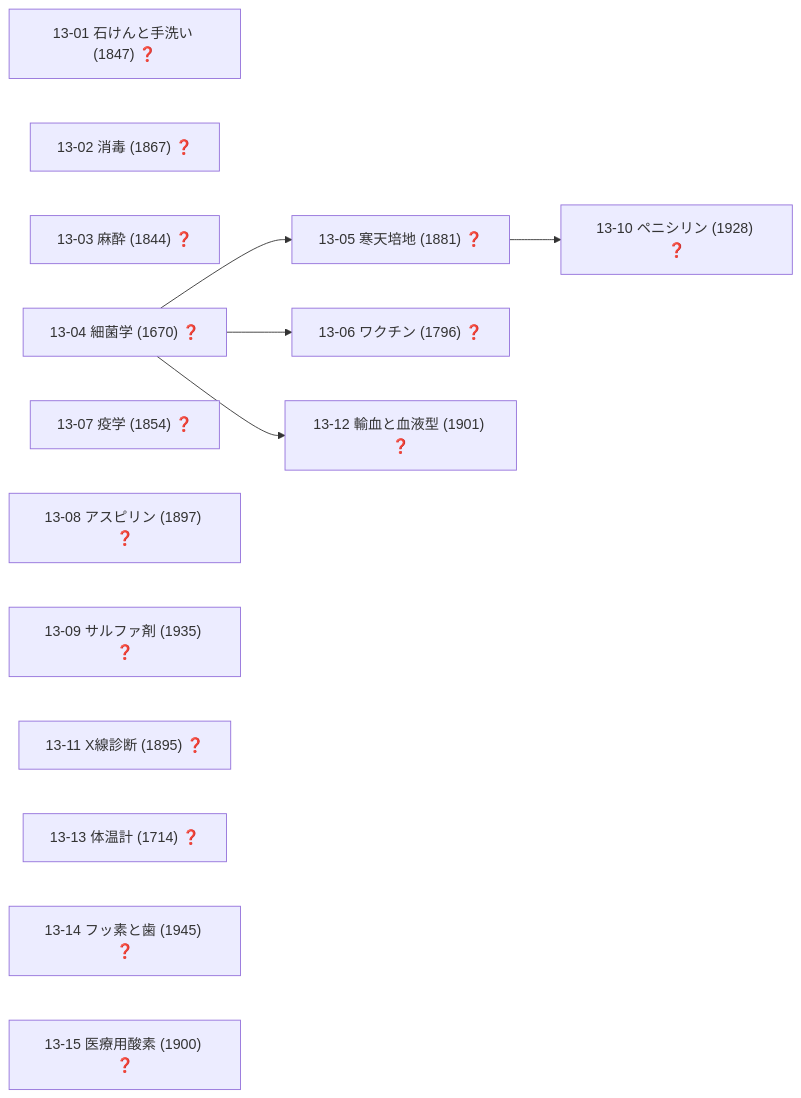
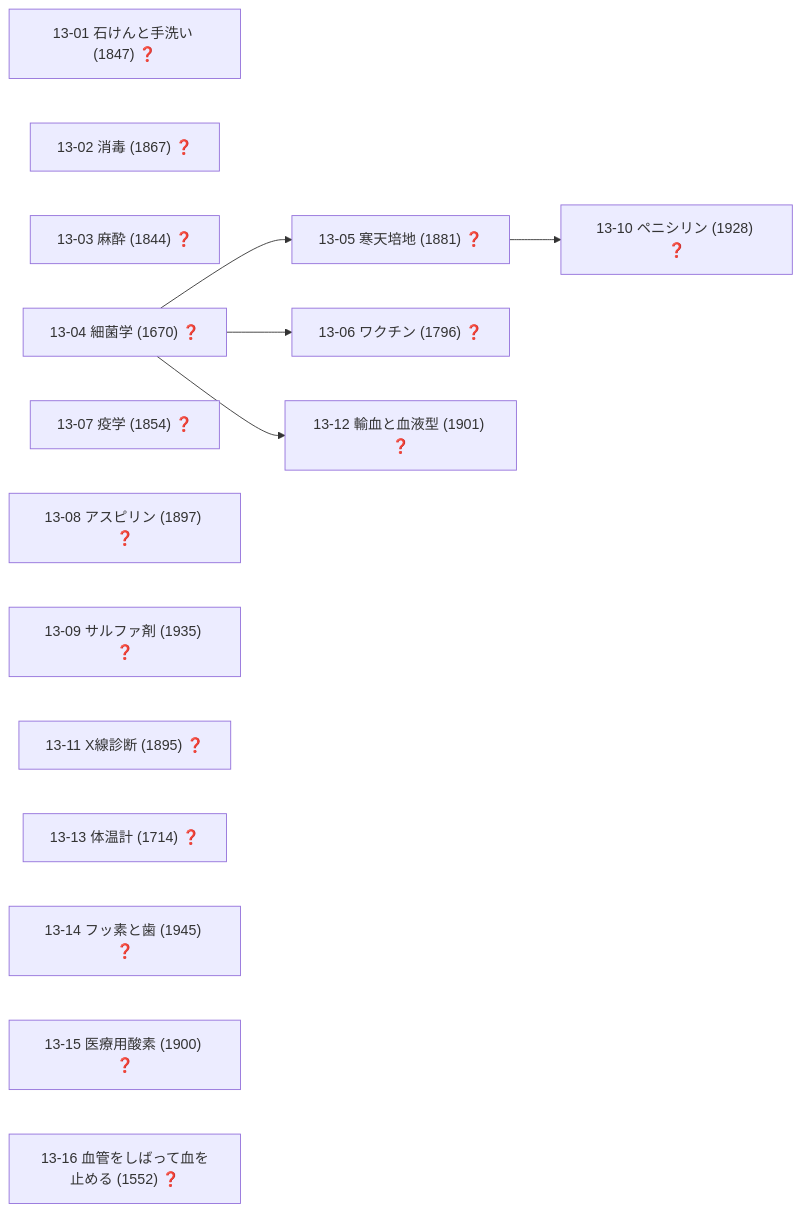
Diagram 16 of 19 in docs/TECH_TREE_VIEW.md (taku3i0317-collab/semiconductor-lab), drawn with Mermaid before and after one commit. The commit also changed other lines of this file and 12 other files, not shown here.

````diff
--- a/docs/TECH_TREE_VIEW.md
+++ b/docs/TECH_TREE_VIEW.md
@@ -890,22 +895,23 @@
 ```mermaid
 graph LR
   n13_01["13-01 石けんと手洗い (1847) ❓"]
   n13_02["13-02 消毒 (1867) ❓"]
   n13_03["13-03 麻酔 (1844) ❓"]
   n13_04["13-04 細菌学 (1670) ❓"]
   n13_05["13-05 寒天培地 (1881) ❓"]
   n13_06["13-06 ワクチン (1796) ❓"]
   n13_07["13-07 疫学 (1854) ❓"]
   n13_08["13-08 アスピリン (1897) ❓"]
   n13_09["13-09 サルファ剤 (1935) ❓"]
   n13_10["13-10 ペニシリン (1928) ❓"]
   n13_11["13-11 X線診断 (1895) ❓"]
   n13_12["13-12 輸血と血液型 (1901) ❓"]
   n13_13["13-13 体温計 (1714) ❓"]
   n13_14["13-14 フッ素と歯 (1945) ❓"]
   n13_15["13-15 医療用酸素 (1900) ❓"]
+  n13_16["13-16 血管をしばって血を止める (1552) ❓"]
   n13_04-->n13_05
   n13_04-->n13_06
   n13_05-->n13_10
   n13_04-->n13_12
 ```
````
